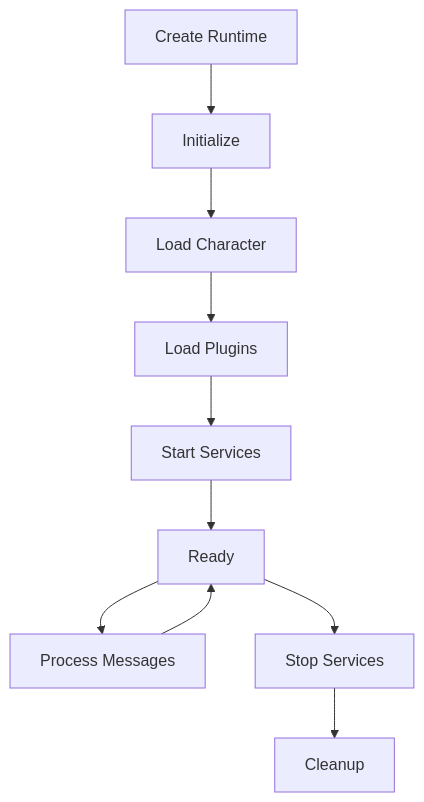
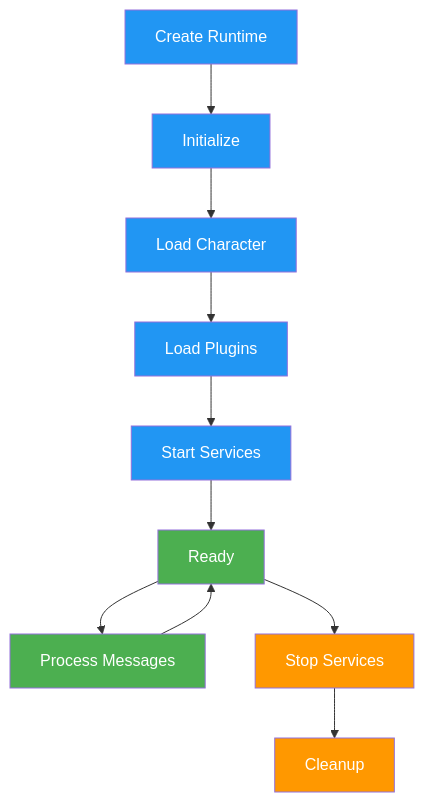
One commit to elizaOS/docs changed the second of 3 diagrams in runtime/core.mdx. Above: the diagram before and after it, drawn with Mermaid. The commit also changed other lines of this file and 10 other files, not shown here.

Commit message:
improve mermaids

````diff
--- a/runtime/core.mdx
+++ b/runtime/core.mdx
@@ -134,12 +144,20 @@
 ```mermaid
-graph TD
+flowchart TD
     Create[Create Runtime] --> Init[Initialize]
     Init --> LoadChar[Load Character]
     LoadChar --> LoadPlugins[Load Plugins]
     LoadPlugins --> StartServices[Start Services]
     StartServices --> Ready[Ready]
     Ready --> Process[Process Messages]
     Process --> Ready
     Ready --> Stop[Stop Services]
     Stop --> Cleanup[Cleanup]
+    
+    classDef setup fill:#2196f3,color:#fff
+    classDef active fill:#4caf50,color:#fff
+    classDef shutdown fill:#ff9800,color:#fff
+    
+    class Create,Init,LoadChar,LoadPlugins,StartServices setup
+    class Ready,Process active
+    class Stop,Cleanup shutdown
 ```
````
